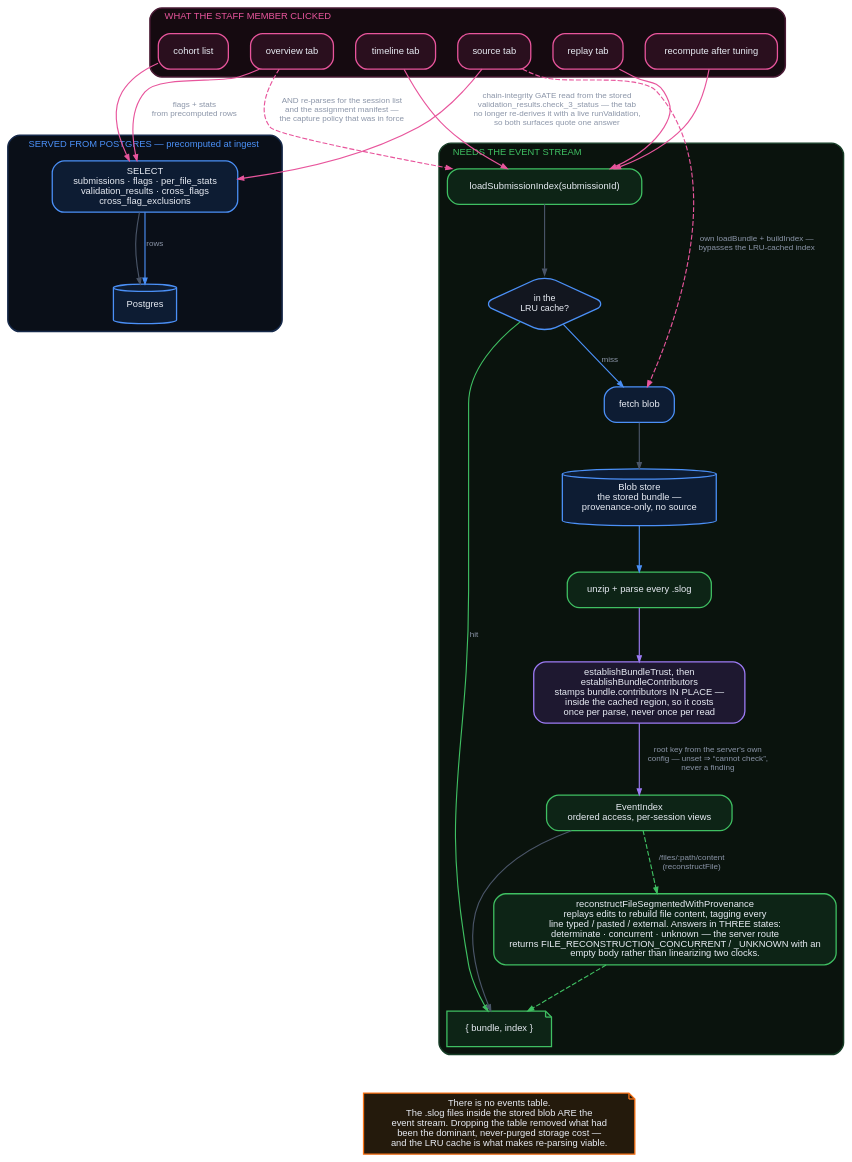
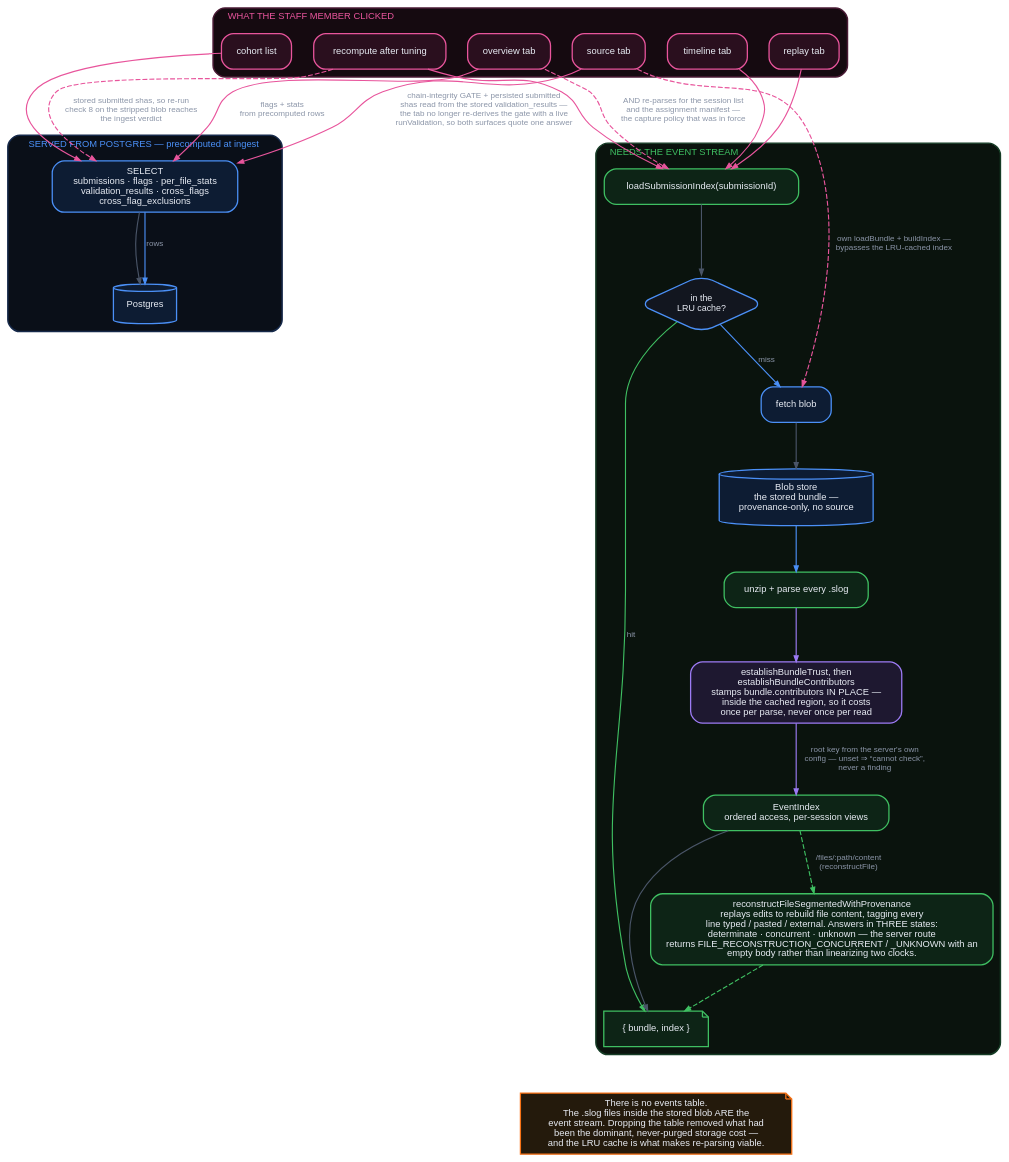
Before and after one commit to ProvenanceTools/provenance: the diagram in tools/architecture/dot/readpath.dot, drawn with Graphviz. The commit also changed 7 other files, not shown here.

First line of the commit message:
docs: describe persisted submitted shas on the ingest and read paths

```diff
--- a/tools/architecture/dot/readpath.dot
+++ b/tools/architecture/dot/readpath.dot
@@ -1,75 +1,76 @@
 digraph readpath {
   bgcolor="transparent" rankdir=TB splines=spline compound=true
   nodesep=0.30 ranksep=0.62 fontname="Helvetica"
   node [shape=box style="filled,rounded" fontname="Helvetica" fontsize=10
         fontcolor="#e8ecf4" fillcolor="#161b26" color="#3a4457" penwidth=1.3
         margin="0.15,0.09"]
   edge [fontname="Helvetica" fontsize=8.2 fontcolor="#8b95a8"
         color="#4a5568" arrowsize=0.6 penwidth=1.15]
 
   subgraph cluster_req {
     label="  WHAT THE STAFF MEMBER CLICKED  " fontsize=9.5 fontcolor="#e8559c"
     color="#4a1b35" penwidth=1.5 style=rounded bgcolor="#150a10" labeljust="l"
     node [fillcolor="#2a0f1e" color="#e8559c" fontsize=9.5]
     r_cohort [label="cohort list"]
     r_over   [label="overview tab"]
     r_time   [label="timeline tab"]
     r_replay [label="replay tab"]
     r_src    [label="source tab"]
     r_recomp [label="recompute after tuning"]
   }
 
   subgraph cluster_cheap {
     label="  SERVED FROM POSTGRES — precomputed at ingest  " fontsize=9.5
     fontcolor="#4b90f7" color="#16294a" penwidth=1.5 style=rounded
     bgcolor="#0a0f18" labeljust="l"
     node [fillcolor="#0d1c33" color="#4b90f7" fontsize=9.5]
     pgq [label="SELECT\nsubmissions · flags · per_file_stats\nvalidation_results · cross_flags\ncross_flag_exclusions"]
     pg  [label="Postgres" shape=cylinder height=0.55]
   }
 
   subgraph cluster_deep {
     label="  NEEDS THE EVENT STREAM  " fontsize=9.5 fontcolor="#3fbf62"
     color="#153c25" penwidth=1.5 style=rounded bgcolor="#0a130d" labeljust="l"
     node [fillcolor="#0d2416" color="#3fbf62" fontsize=9.5]
     lsi   [label="loadSubmissionIndex(submissionId)"]
     cache [label="in the\nLRU cache?" shape=diamond fillcolor="#12161f" color="#4b90f7"
            fontsize=9 height=0.8 width=1.4]
     fetch [label="fetch blob" fillcolor="#0d1c33" color="#4b90f7"]
     blob  [label="Blob store\nthe stored bundle —\nprovenance-only, no source"
            shape=cylinder fillcolor="#0d1c33" color="#4b90f7" height=0.7]
     parse [label="unzip + parse every .slog"]
     stamp [label="establishBundleTrust, then\nestablishBundleContributors\nstamps bundle.contributors IN PLACE —\ninside the cached region, so it costs\nonce per parse, never once per read"
            fillcolor="#1e1830" color="#9d7bf5"]
     idx   [label="EventIndex\nordered access, per-session views"]
     recon [label="reconstructFileSegmentedWithProvenance\nreplays edits to rebuild file content, tagging every\nline typed / pasted / external. Answers in THREE states:\ndeterminate · concurrent · unknown — the server route\nreturns FILE_RECONSTRUCTION_CONCURRENT / _UNKNOWN with an\nempty body rather than linearizing two clocks."]
     ret   [label="{ bundle, index }" shape=note]
   }
 
   r_cohort -> pgq [color="#e8559c"]
   r_over   -> pgq [label="flags + stats\nfrom precomputed rows" color="#e8559c"]
   pgq -> pg
   pg -> pgq [label="rows" color="#4b90f7" dir=back]
 
   r_over   -> lsi [label="AND re-parses for the session list\nand the assignment manifest —\nthe capture policy that was in force" color="#e8559c" style=dashed]
   r_time   -> lsi [color="#e8559c"]
   r_replay -> lsi [color="#e8559c"]
   r_recomp -> lsi [color="#e8559c"]
   r_src    -> fetch [label="own loadBundle + buildIndex —\nbypasses the LRU-cached index" color="#e8559c" style=dashed]
-  r_src    -> pgq [label="chain-integrity GATE read from the stored\nvalidation_results.check_3_status — the tab\nno longer re-derives it with a live runValidation,\nso both surfaces quote one answer" color="#e8559c"]
+  r_src    -> pgq [label="chain-integrity GATE + persisted submitted\nshas read from the stored validation_results —\nthe tab no longer re-derives the gate with a live\nrunValidation, so both surfaces quote one answer" color="#e8559c"]
+  r_recomp -> pgq [label="stored submitted shas, so re-run\ncheck 8 on the stripped blob reaches\nthe ingest verdict" color="#e8559c" style=dashed]
 
   lsi -> cache
   cache -> ret   [label="hit" color="#3fbf62"]
   cache -> fetch [label="miss" color="#4b90f7"]
   fetch -> blob
   blob -> parse [color="#4b90f7"]
   parse -> stamp [color="#9d7bf5"]
   stamp -> idx [label="root key from the server's own\nconfig — unset ⇒ “cannot check”,\nnever a finding" color="#9d7bf5"]
   idx -> ret
   idx -> recon [label="/files/:path/content\n(reconstructFile)" style=dashed color="#3fbf62"]
   recon -> ret [style=dashed color="#3fbf62"]
 
   note [label="There is no events table.\nThe .slog files inside the stored blob ARE the\nevent stream. Dropping the table removed what had\nbeen the dominant, never-purged storage cost —\nand the LRU cache is what makes re-parsing viable."
         shape=note fillcolor="#241a0c" color="#F97316" fontcolor="#e8ecf4" fontsize=9.5]
   ret -> note [style=invis]
 }
```
